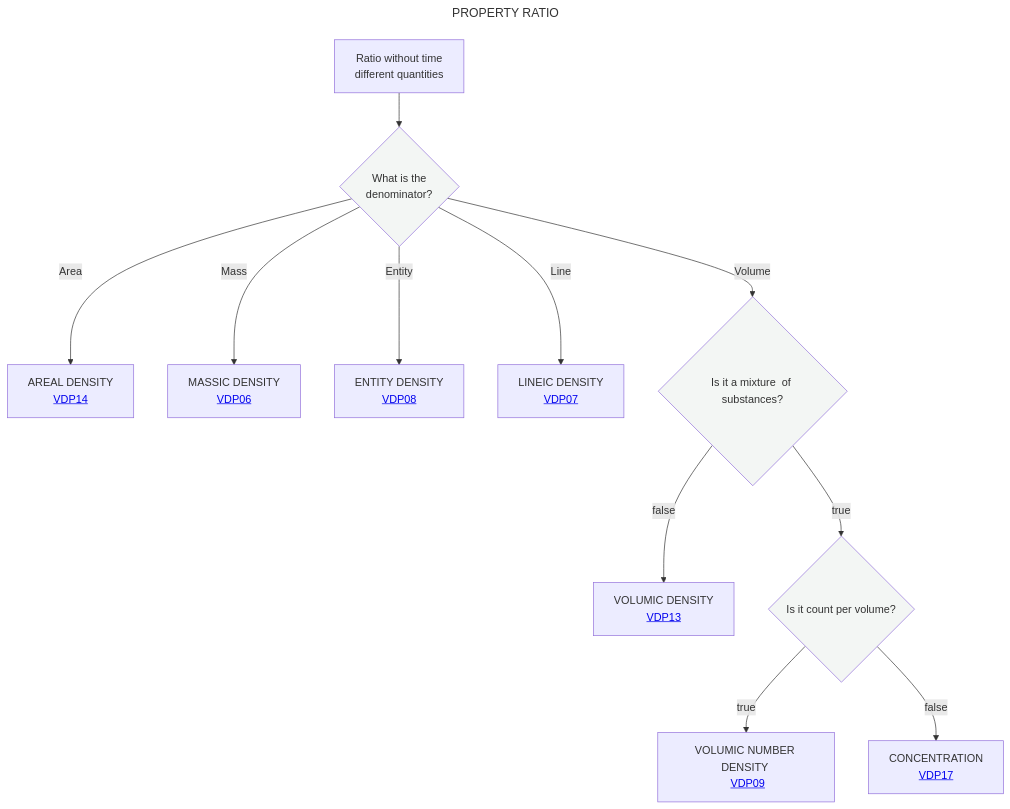
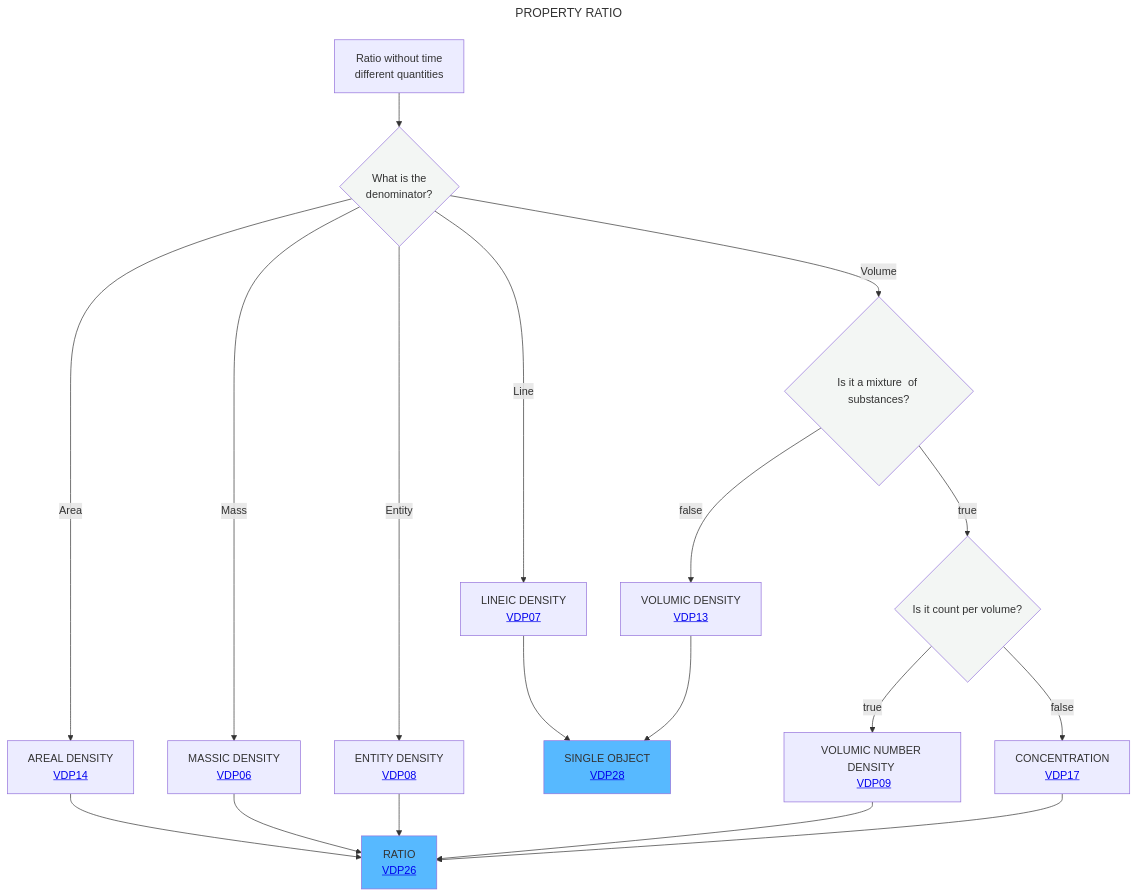
The diagram in Decisition_trees/DT4.mmd (mabablue/I-ADOPT-patterns-playground), drawn with Mermaid before and after one commit.

```diff
--- a/Decisition_trees/DT4.mmd
+++ b/Decisition_trees/DT4.mmd
@@ -1,18 +1,25 @@
 ---
 title: PROPERTY RATIO
 ---
 flowchart TD
     A[Ratio without time <br> different quantities] --> B{What is the <br> denominator?}:::white
     B -- Area -->C[AREAL DENSITY <br> <a href='https://github.com/mabablue/I-ADOPT-patterns-playground/blob/main/pattern/VDP14.yaml'>VDP14</a>]
     B -- Mass -->E[MASSIC DENSITY <br> <a href='https://github.com/mabablue/I-ADOPT-patterns-playground/blob/main/pattern/VDP06.yaml'>VDP06</a>]
     B -- Entity -->F[ENTITY DENSITY <br> <a href='https://github.com/mabablue/I-ADOPT-patterns-playground/blob/main/pattern/VDP09.yaml'>VDP08</a>]
     B -- Line -->D[LINEIC DENSITY <br> <a href='https://github.com/mabablue/I-ADOPT-patterns-playground/blob/main/pattern/VDP07.yaml'>VDP07</a>]
     B -- Volume -->G{Is it a mixture <be> of substances?}:::white
     G --> |false|H[VOLUMIC DENSITY <br> <a href='https://github.com/mabablue/I-ADOPT-patterns-playground/blob/main/pattern/VDP13.yaml'>VDP13</a>]
     G--> |true|I{Is it count per volume?}:::white
     I --> |true|L[VOLUMIC NUMBER DENSITY <br> <a href='https://github.com/mabablue/I-ADOPT-patterns-playground/blob/main/pattern/VDP09.yaml'>VDP09</a>]
     I --> |false|M[CONCENTRATION <br> <a href='https://github.com/mabablue/I-ADOPT-patterns-playground/blob/main/pattern/VDP17.yaml'>VDP17</a>]
+    C --> N[RATIO <br> <a href='https://github.com/mabablue/I-ADOPT-patterns-playground/blob/main/pattern/VDP26.yaml'>VDP26</a>]:::satblue
+    E --> N
+    F --> N
+    D --> O[SINGLE OBJECT <br> <a href='https://github.com/mabablue/I-ADOPT-patterns-playground/blob/main/pattern/VDP28.yaml'>VDP28</a>]:::satblue
+    H --> O
+    L --> N
+    M --> N
    classDef blue fill:#90D5FF
    classDef satblue fill:#57B9FF 
    classDef white fill:#f3f6f4
    classDef green fill:#6aa84f
```
